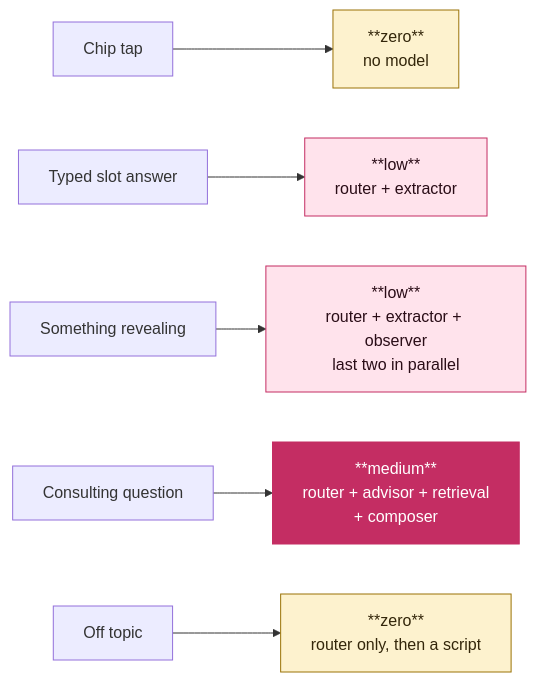
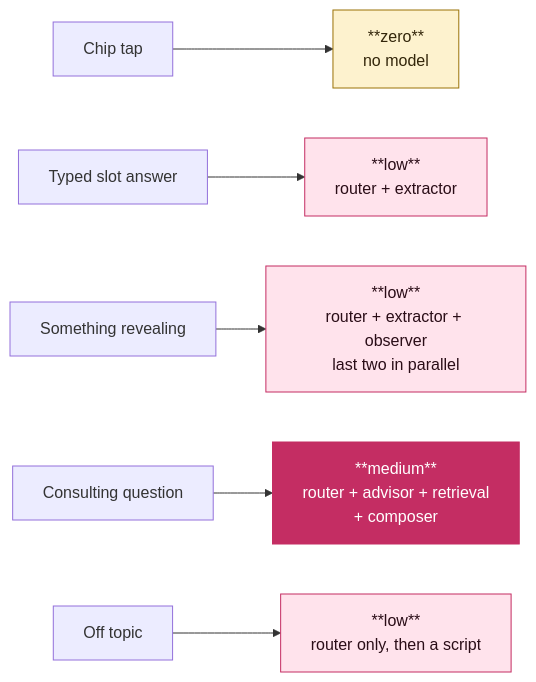
The second of 2 diagrams in docs/agent-architecture.md (magentawood/roomsie), drawn with Mermaid before and after one commit. The commit also changed other lines of this file and 7 other files, not shown here.

````diff
--- a/docs/agent-architecture.md
+++ b/docs/agent-architecture.md
@@ -203,15 +203,15 @@
 ```mermaid
 flowchart LR
     A[Chip tap] --> A1["**zero**<br/>no model"]
     B[Typed slot answer] --> B1["**low**<br/>router + extractor"]
     C[Something revealing] --> C1["**low**<br/>router + extractor + observer<br/>last two in parallel"]
     D[Consulting question] --> D1["**medium**<br/>router + advisor + retrieval<br/>+ composer"]
-    E[Off topic] --> E1["**zero**<br/>router only, then a script"]
+    E[Off topic] --> E1["**low**<br/>router only, then a script"]
 
     classDef zero fill:#FDF2CE,stroke:#9A7206,color:#33260A
     classDef low fill:#FFE3EC,stroke:#C42D63,color:#2A0D17
     classDef med fill:#C42D63,stroke:#C42D63,color:#FFFFFF
-    class A1,E1 zero
-    class B1,C1 low
+    class A1 zero
+    class B1,C1,E1 low
     class D1 med
 ```
````
